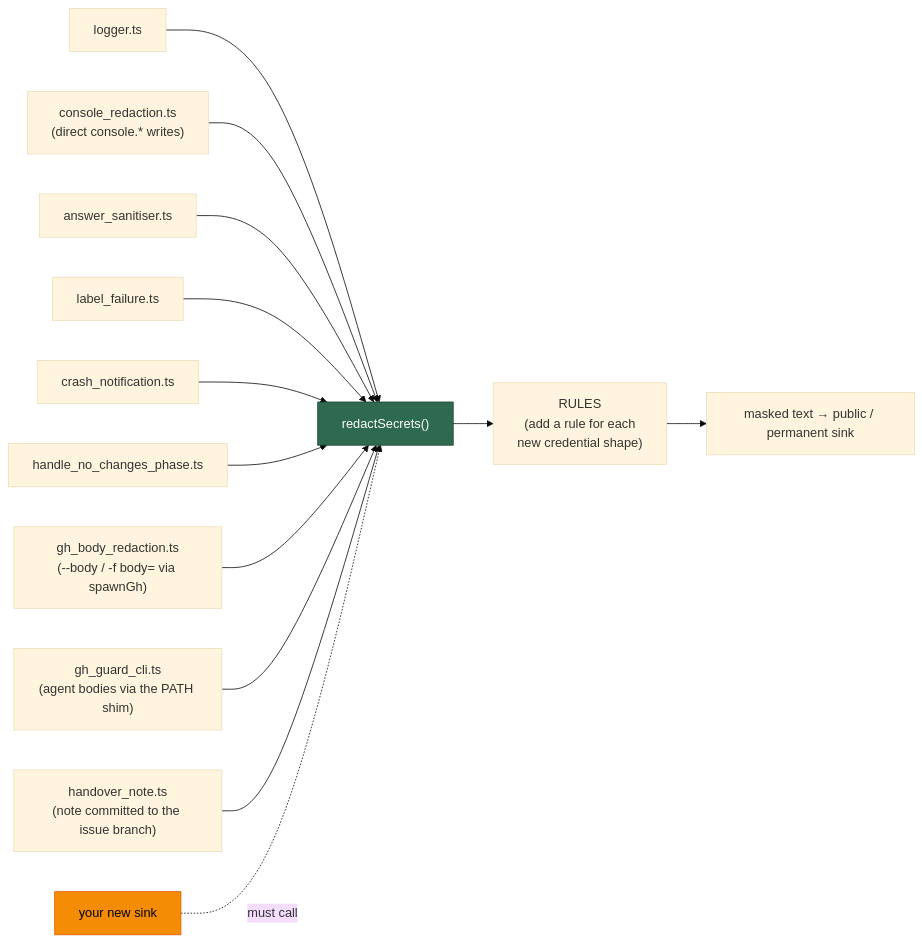
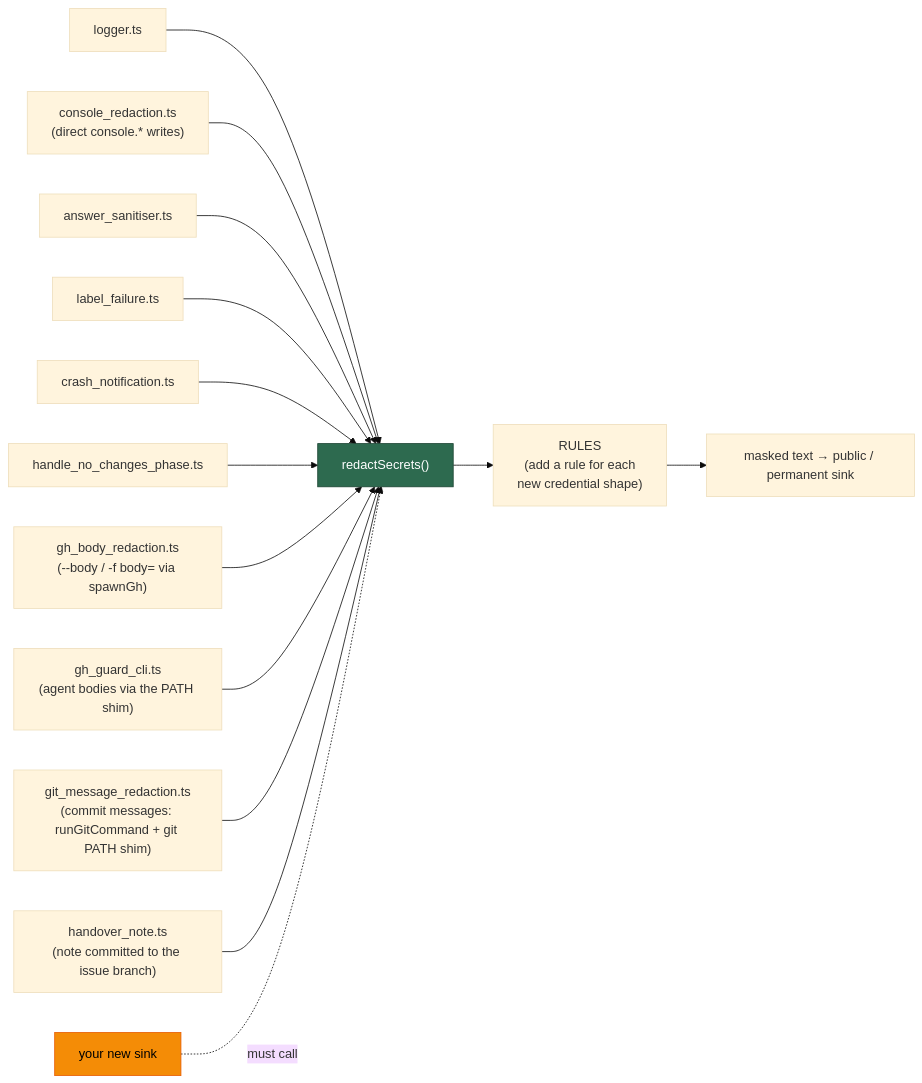
Before and after one commit to stSoftwareAU/VibeCoder: the fourth of 10 diagrams in SECURITY.md, drawn with Mermaid (base theme). The commit also changed other lines of this file and 10 other files, not shown here.

First line of the commit message:
feat(security): redact git commit messages and shim the agent's git (#1284)

````diff
--- a/SECURITY.md
+++ b/SECURITY.md
@@ -440,17 +449,18 @@
 ```mermaid
 flowchart LR
     L["logger.ts"] --> R["redactSecrets()"]
     CR["console_redaction.ts<br/>(direct console.* writes)"] --> R
     A["answer_sanitiser.ts"] --> R
     F["label_failure.ts"] --> R
     C["crash_notification.ts"] --> R
     P["handle_no_changes_phase.ts"] --> R
     G["gh_body_redaction.ts<br/>(--body / -f body= via spawnGh)"] --> R
     GA["gh_guard_cli.ts<br/>(agent bodies via the PATH shim)"] --> R
+    GM["git_message_redaction.ts<br/>(commit messages: runGitCommand + git PATH shim)"] --> R
     HN["handover_note.ts<br/>(note committed to the issue branch)"] --> R
     N["your new sink"] -.must call.-> R
     R --> RULES["RULES\n(add a rule for each\nnew credential shape)"]
     RULES --> O["masked text → public / permanent sink"]
     style R fill:#2d6a4f,stroke:#1b4332,color:#fff
     style N fill:#f48c06,stroke:#e85d04,color:#000
 ```
````
